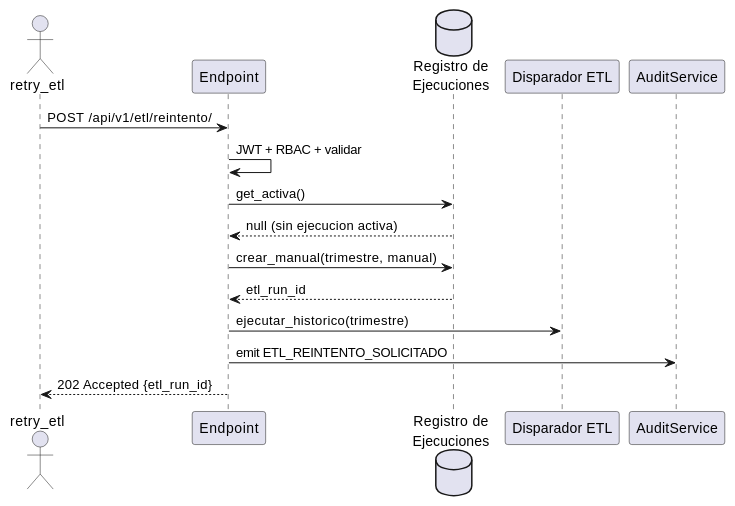
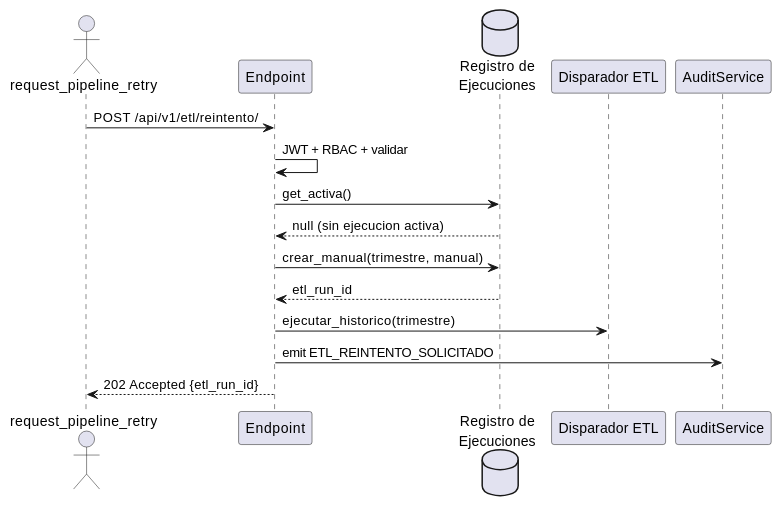
Before and after one commit to jcg-admin/IACT-docs: the fourth of 4 diagrams in source/requisitos/casos-uso/pipeline/uc-pip-04/diagramas-uml.rst, drawn with PlantUML. The commit also changed other lines of this file and 157 other files, not shown here.

First line of the commit message:
Enforce catalog function names across all diagrams

```diff
--- a/source/requisitos/casos-uso/pipeline/uc-pip-04/diagramas-uml.rst
+++ b/source/requisitos/casos-uso/pipeline/uc-pip-04/diagramas-uml.rst
@@ -59,18 +59,18 @@
 .. uml::
 
  @startuml
- actor "retry_etl" as O
+ actor "request_pipeline_retry" as O
  participant "Endpoint" as E
  database "Registro de\nEjecuciones" as R
  participant "Disparador ETL" as DE
  participant "AuditService" as A
  O -> E: POST /api/v1/etl/reintento/
  E -> E: JWT + RBAC + validar
  E -> R: get_activa()
  R --> E: null (sin ejecucion activa)
  E -> R: crear_manual(trimestre, manual)
  R --> E: etl_run_id
  E -> DE: ejecutar_historico(trimestre)
  E -> A: emit ETL_REINTENTO_SOLICITADO
  E --> O: 202 Accepted {etl_run_id}
  @enduml
```
